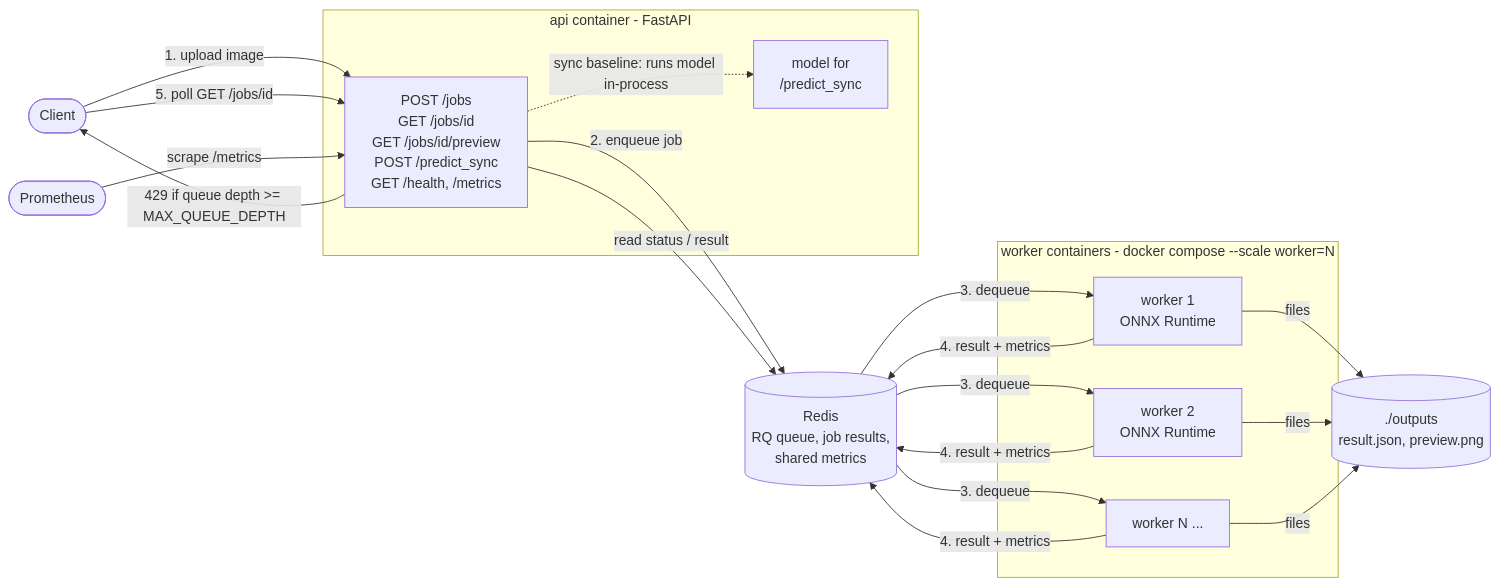
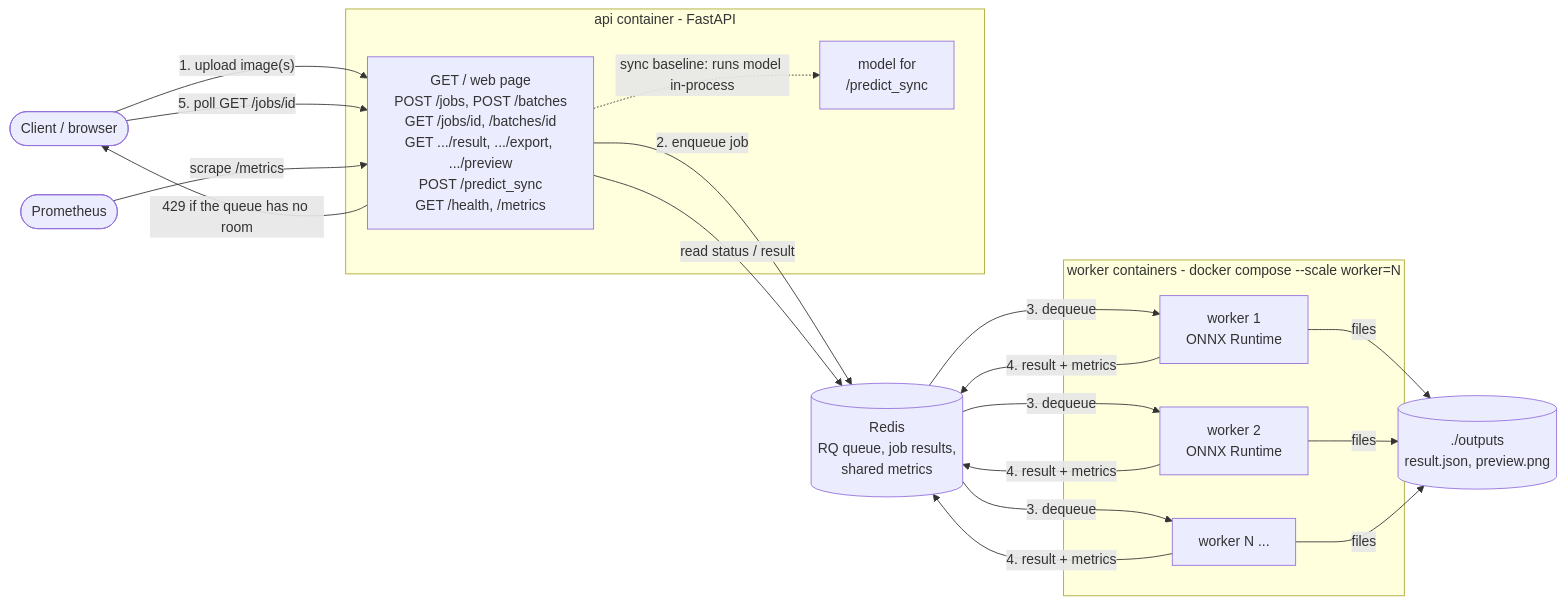
One commit to sruthimundekkottil/distributed-image-segmentation changed the second of 2 diagrams in README.md. Above: the diagram before and after it, drawn with Mermaid. The commit also changed other lines of this file and 1 other file, not shown here.

First line of the commit message:
Document the segmentation web app in the README

````diff
--- a/README.md
+++ b/README.md
@@ -9,31 +75,31 @@
 ```mermaid
 flowchart LR
-    client([Client])
+    client([Client / browser])
     prom([Prometheus])
 
     subgraph api_box [api container - FastAPI]
-        api[POST /jobs<br/>GET /jobs/id<br/>GET /jobs/id/preview<br/>POST /predict_sync<br/>GET /health, /metrics]
+        api[GET / web page<br/>POST /jobs, POST /batches<br/>GET /jobs/id, /batches/id<br/>GET .../result, .../export, .../preview<br/>POST /predict_sync<br/>GET /health, /metrics]
         sync_model[model for<br/>/predict_sync]
     end
 
     redis[(Redis<br/>RQ queue, job results,<br/>shared metrics)]
 
     subgraph workers [worker containers - docker compose --scale worker=N]
         w1[worker 1<br/>ONNX Runtime]
         w2[worker 2<br/>ONNX Runtime]
         wn[worker N ...]
     end
 
     outputs[(./outputs<br/>result.json, preview.png)]
 
-    client -- "1. upload image" --> api
-    api -- "429 if queue depth >= MAX_QUEUE_DEPTH" --> client
+    client -- "1. upload image(s)" --> api
+    api -- "429 if the queue has no room" --> client
     api -- "2. enqueue job" --> redis
     redis -- "3. dequeue" --> w1 & w2 & wn
     w1 & w2 & wn -- "4. result + metrics" --> redis
     w1 & w2 & wn -- "files" --> outputs
     client -- "5. poll GET /jobs/id" --> api
     api -- "read status / result" --> redis
     api -. "sync baseline: runs model in-process" .-> sync_model
     prom -- "scrape /metrics" --> api
 ```
````
